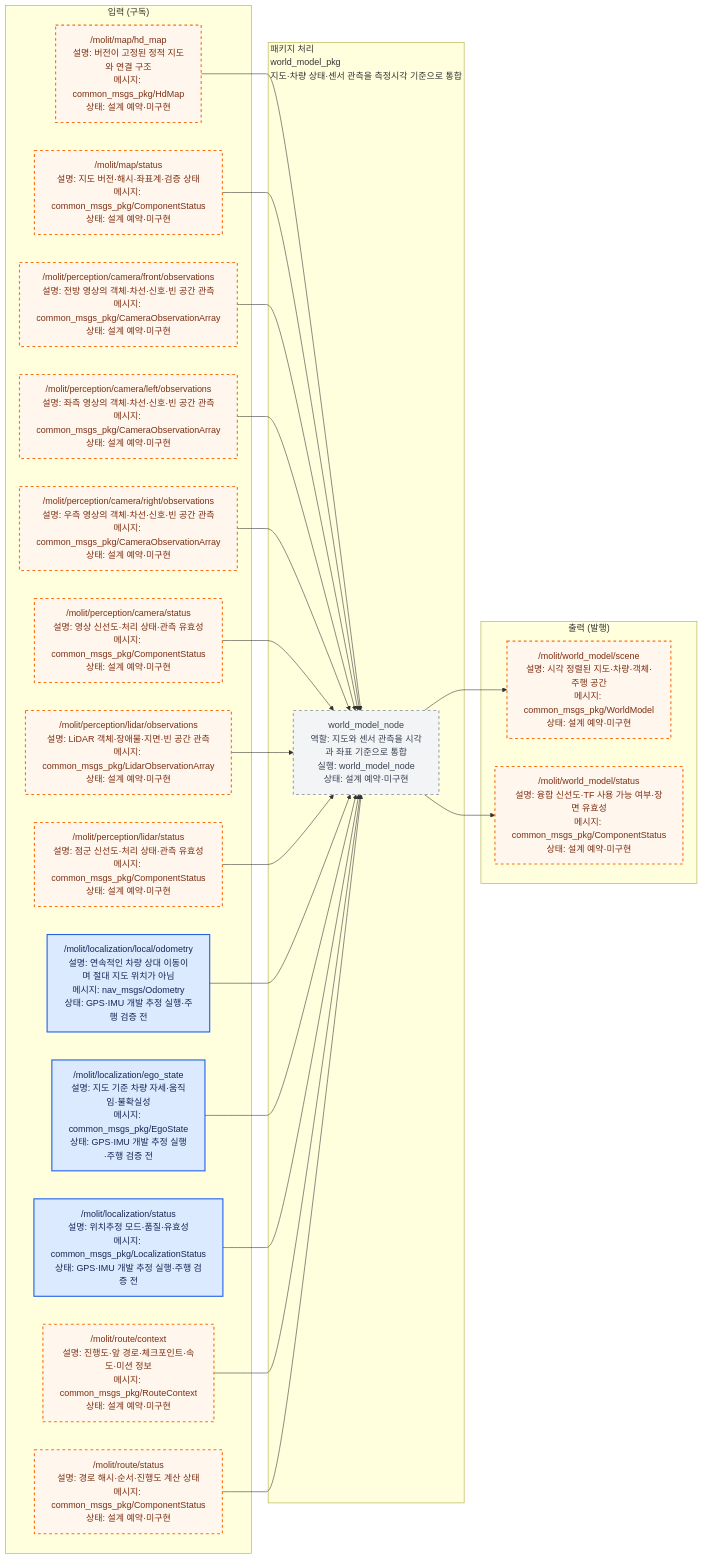
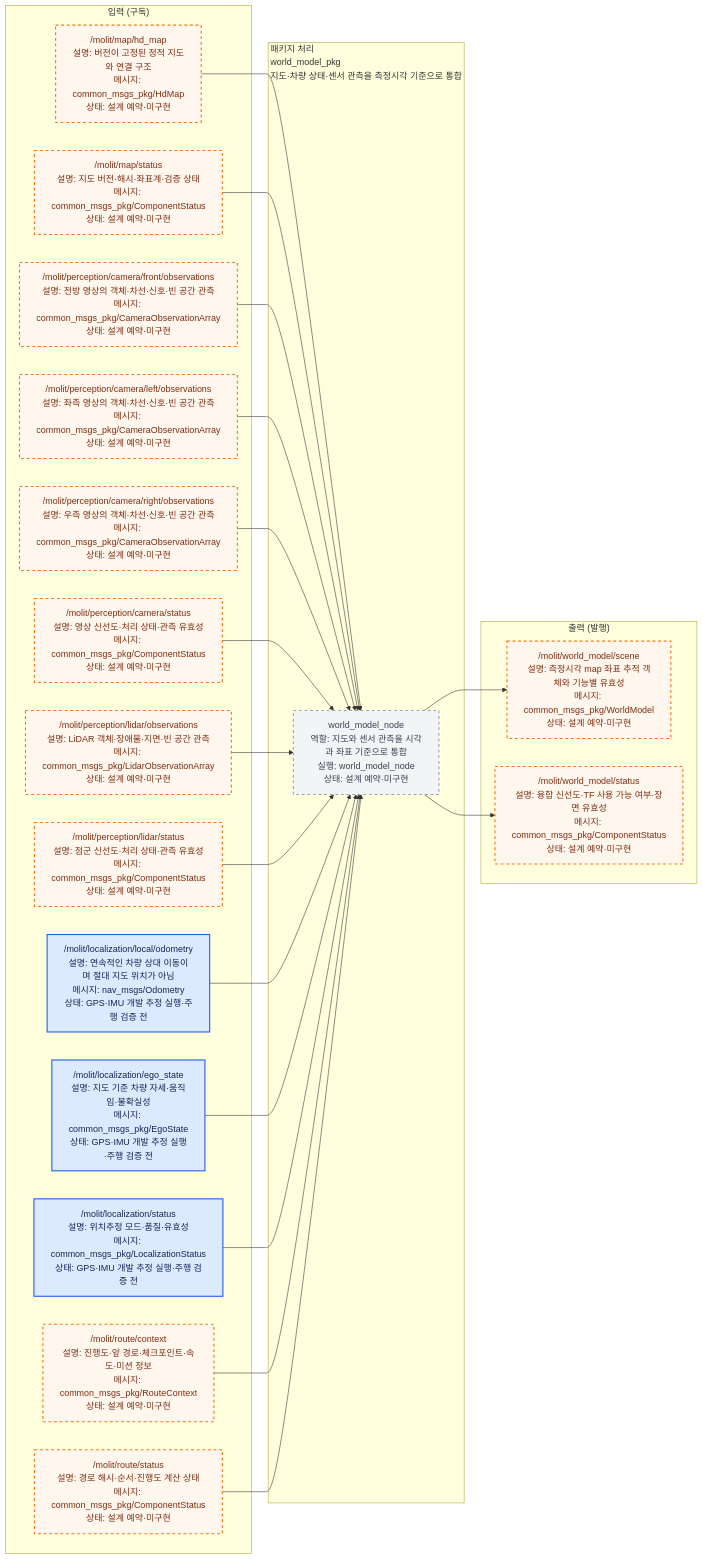
One commit to Team-Stier/Morai_Sim_team2 changed the diagram in src/world_model_pkg/docs/interface_io.mmd. Above: the diagram before and after it, drawn with Mermaid. The commit also changed 60 other files, not shown here.

```diff
--- a/src/world_model_pkg/docs/interface_io.mmd
+++ b/src/world_model_pkg/docs/interface_io.mmd
@@ -1,65 +1,65 @@
 %% AUTO-GENERATED by ros_architecture_pkg/scripts/generate_interface_diagrams.py. DO NOT EDIT.
 %% Source of truth: ros_architecture_pkg/config/interface_contract.yaml
 flowchart LR
     classDef liveNode fill:#dcfce7,color:#14532d,stroke:#16a34a,stroke-width:2px;
     classDef reservedNode fill:#f3f4f6,color:#374151,stroke:#9ca3af,stroke-width:2px,stroke-dasharray: 5 5;
     classDef liveTopic fill:#dbeafe,color:#172554,stroke:#2563eb,stroke-width:2px;
     classDef reservedTopic fill:#fff7ed,color:#7c2d12,stroke:#f97316,stroke-width:2px,stroke-dasharray: 5 5;
     classDef emptyPort fill:#ffffff,color:#6b7280,stroke:#d1d5db,stroke-dasharray: 3 3;
     classDef externalEndpoint fill:#f3e8ff,color:#581c87,stroke:#9333ea,stroke-width:3px;
 
     subgraph INPUTS["입력 (구독)"]
         input_000["/molit/map/hd_map<br/>설명: 버전이 고정된 정적 지도와 연결 구조<br/>메시지: common_msgs_pkg/HdMap<br/>상태: 설계 예약·미구현"]
         input_001["/molit/map/status<br/>설명: 지도 버전·해시·좌표계·검증 상태<br/>메시지: common_msgs_pkg/ComponentStatus<br/>상태: 설계 예약·미구현"]
         input_002["/molit/perception/camera/front/observations<br/>설명: 전방 영상의 객체·차선·신호·빈 공간 관측<br/>메시지: common_msgs_pkg/CameraObservationArray<br/>상태: 설계 예약·미구현"]
         input_003["/molit/perception/camera/left/observations<br/>설명: 좌측 영상의 객체·차선·신호·빈 공간 관측<br/>메시지: common_msgs_pkg/CameraObservationArray<br/>상태: 설계 예약·미구현"]
         input_004["/molit/perception/camera/right/observations<br/>설명: 우측 영상의 객체·차선·신호·빈 공간 관측<br/>메시지: common_msgs_pkg/CameraObservationArray<br/>상태: 설계 예약·미구현"]
         input_005["/molit/perception/camera/status<br/>설명: 영상 신선도·처리 상태·관측 유효성<br/>메시지: common_msgs_pkg/ComponentStatus<br/>상태: 설계 예약·미구현"]
         input_006["/molit/perception/lidar/observations<br/>설명: LiDAR 객체·장애물·지면·빈 공간 관측<br/>메시지: common_msgs_pkg/LidarObservationArray<br/>상태: 설계 예약·미구현"]
         input_007["/molit/perception/lidar/status<br/>설명: 점군 신선도·처리 상태·관측 유효성<br/>메시지: common_msgs_pkg/ComponentStatus<br/>상태: 설계 예약·미구현"]
         input_008["/molit/localization/local/odometry<br/>설명: 연속적인 차량 상대 이동이며 절대 지도 위치가 아님<br/>메시지: nav_msgs/Odometry<br/>상태: GPS·IMU 개발 추정 실행·주행 검증 전"]
         input_009["/molit/localization/ego_state<br/>설명: 지도 기준 차량 자세·움직임·불확실성<br/>메시지: common_msgs_pkg/EgoState<br/>상태: GPS·IMU 개발 추정 실행·주행 검증 전"]
         input_010["/molit/localization/status<br/>설명: 위치추정 모드·품질·유효성<br/>메시지: common_msgs_pkg/LocalizationStatus<br/>상태: GPS·IMU 개발 추정 실행·주행 검증 전"]
         input_011["/molit/route/context<br/>설명: 진행도·앞 경로·체크포인트·속도·미션 정보<br/>메시지: common_msgs_pkg/RouteContext<br/>상태: 설계 예약·미구현"]
         input_012["/molit/route/status<br/>설명: 경로 해시·순서·진행도 계산 상태<br/>메시지: common_msgs_pkg/ComponentStatus<br/>상태: 설계 예약·미구현"]
     end
     subgraph PACKAGE["패키지 처리<br/>world_model_pkg<br/>지도·차량 상태·센서 관측을 측정시각 기준으로 통합"]
         local_node_000["world_model_node<br/>역할: 지도와 센서 관측을 시각과 좌표 기준으로 통합<br/>실행: world_model_node<br/>상태: 설계 예약·미구현"]
     end
     subgraph OUTPUTS["출력 (발행)"]
-        output_000["/molit/world_model/scene<br/>설명: 시각 정렬된 지도·차량·객체·주행 공간<br/>메시지: common_msgs_pkg/WorldModel<br/>상태: 설계 예약·미구현"]
+        output_000["/molit/world_model/scene<br/>설명: 측정시각 map 좌표 추적 객체와 기능별 유효성<br/>메시지: common_msgs_pkg/WorldModel<br/>상태: 설계 예약·미구현"]
         output_001["/molit/world_model/status<br/>설명: 융합 신선도·TF 사용 가능 여부·장면 유효성<br/>메시지: common_msgs_pkg/ComponentStatus<br/>상태: 설계 예약·미구현"]
     end
 
     input_000 --> local_node_000
     input_001 --> local_node_000
     input_002 --> local_node_000
     input_003 --> local_node_000
     input_004 --> local_node_000
     input_005 --> local_node_000
     input_006 --> local_node_000
     input_007 --> local_node_000
     input_008 --> local_node_000
     input_009 --> local_node_000
     input_010 --> local_node_000
     input_011 --> local_node_000
     input_012 --> local_node_000
     local_node_000 --> output_000
     local_node_000 --> output_001
 
     class local_node_000 reservedNode;
     class input_000 reservedTopic;
     class input_001 reservedTopic;
     class input_002 reservedTopic;
     class input_003 reservedTopic;
     class input_004 reservedTopic;
     class input_005 reservedTopic;
     class input_006 reservedTopic;
     class input_007 reservedTopic;
     class input_008 liveTopic;
     class input_009 liveTopic;
     class input_010 liveTopic;
     class input_011 reservedTopic;
     class input_012 reservedTopic;
     class output_000 reservedTopic;
     class output_001 reservedTopic;
```
